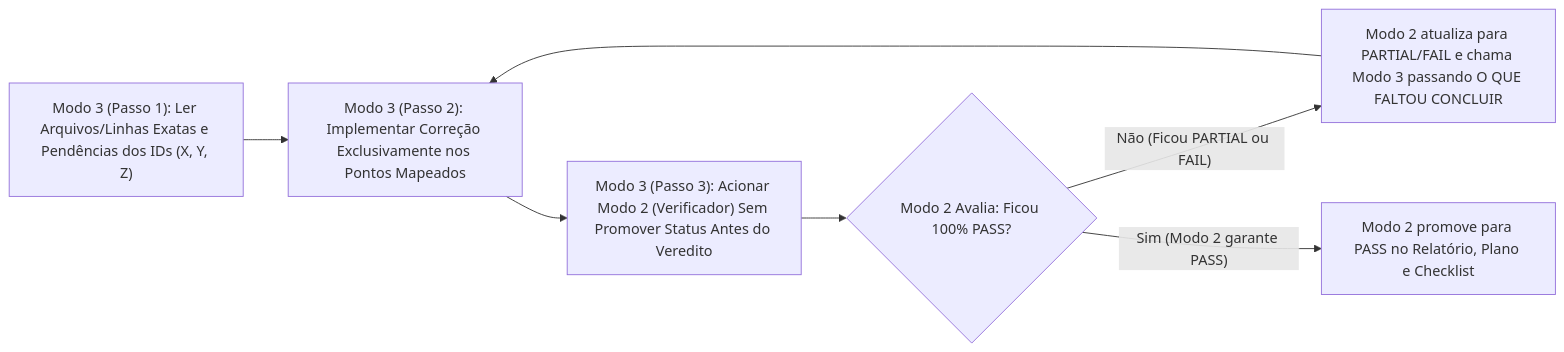
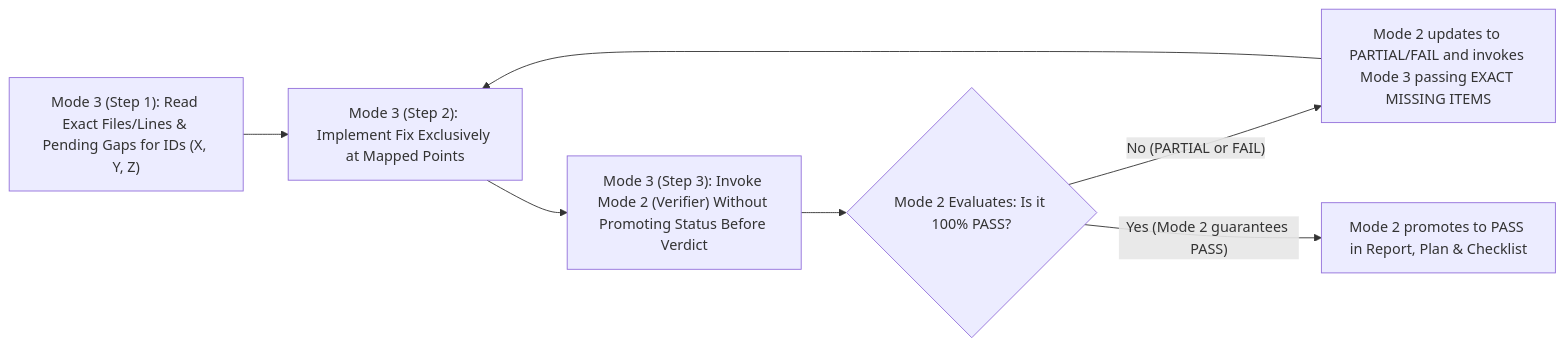
Before and after one commit to BrunoReiff/embed-sec-auditor: the fourth of 4 diagrams in .agents/skills/owasp-iot-auditor/SKILL.md, drawn with Mermaid. The commit also changed other lines of this file and 9 other files, not shown here.

````diff
--- a/.agents/skills/owasp-iot-auditor/SKILL.md
+++ b/.agents/skills/owasp-iot-auditor/SKILL.md
@@ -272,9 +272,9 @@
 ```mermaid
 flowchart LR
-    S1["Modo 3 (Passo 1): Ler Arquivos/Linhas Exatas e Pendências dos IDs (X, Y, Z)"] --> S2["Modo 3 (Passo 2): Implementar Correção Exclusivamente nos Pontos Mapeados"]
-    S2 --> S3["Modo 3 (Passo 3): Acionar Modo 2 (Verificador) Sem Promover Status Antes do Veredito"]
-    S3 --> V2{"Modo 2 Avalia: Ficou 100% PASS?"}
-    V2 -->|"Não (Ficou PARTIAL ou FAIL)"| S_DELTA["Modo 2 atualiza para PARTIAL/FAIL e chama Modo 3 passando O QUE FALTOU CONCLUIR"]
+    S1["Mode 3 (Step 1): Read Exact Files/Lines & Pending Gaps for IDs (X, Y, Z)"] --> S2["Mode 3 (Step 2): Implement Fix Exclusively at Mapped Points"]
+    S2 --> S3["Mode 3 (Step 3): Invoke Mode 2 (Verifier) Without Promoting Status Before Verdict"]
+    S3 --> V2{"Mode 2 Evaluates: Is it 100% PASS?"}
+    V2 -->|"No (PARTIAL or FAIL)"| S_DELTA["Mode 2 updates to PARTIAL/FAIL and invokes Mode 3 passing EXACT MISSING ITEMS"]
     S_DELTA --> S2
-    V2 -->|"Sim (Modo 2 garante PASS)"| S4["Modo 2 promove para PASS no Relatório, Plano e Checklist"]
+    V2 -->|"Yes (Mode 2 guarantees PASS)"| S4["Mode 2 promotes to PASS in Report, Plan & Checklist"]
 ```
````
